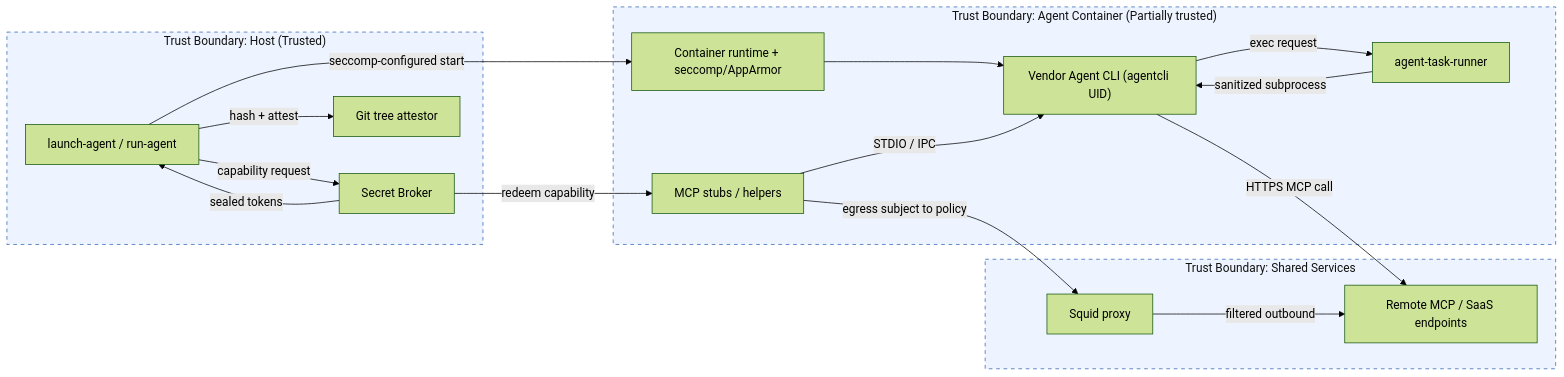
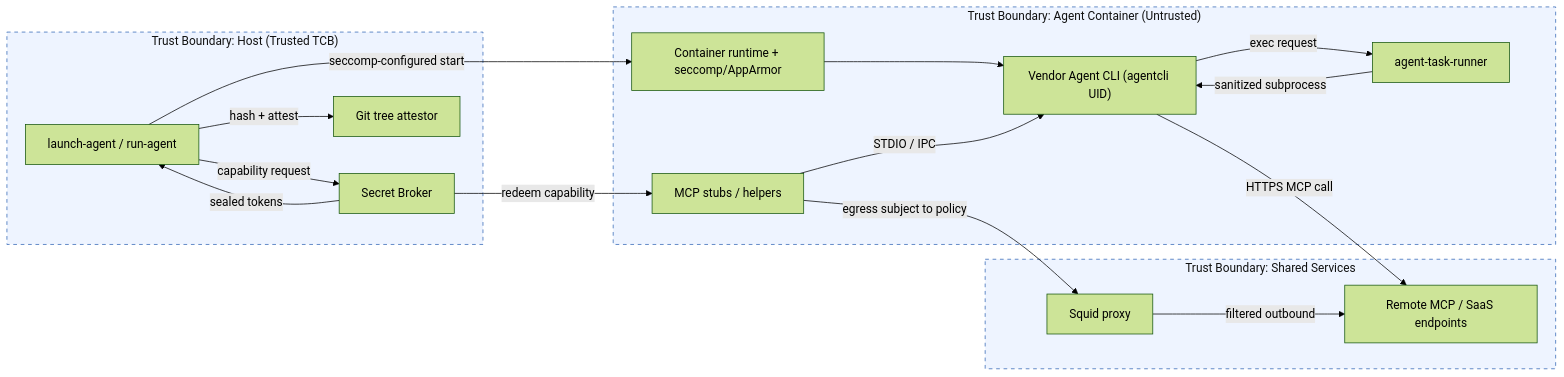
The first of 10 diagrams in docs/secret-credential-architecture.md (novotnyllc/ContainAI), drawn with Mermaid (forest theme) before and after one commit. The commit also changed other lines of this file and 11 other files, not shown here.

````diff
--- a/docs/secret-credential-architecture.md
+++ b/docs/secret-credential-architecture.md
@@ -27,36 +27,36 @@
 ```mermaid
 flowchart LR
-    subgraph Host_Boundary["Trust Boundary: Host (Trusted)"]
+    subgraph Host_Boundary["Trust Boundary: Host (Trusted TCB)"]
         LA["launch-agent / run-agent"]
         BR["Secret Broker"]
         GA["Git tree attestor"]
     end
 
-    subgraph Container_Boundary["Trust Boundary: Agent Container (Partially trusted)"]
+    subgraph Container_Boundary["Trust Boundary: Agent Container (Untrusted)"]
         RT["Container runtime + seccomp/AppArmor"]
         VC["Vendor Agent CLI (agentcli UID)"]
         ST["MCP stubs / helpers"]
         TR["agent-task-runner"]
     end
 
     subgraph Shared_Services["Trust Boundary: Shared Services"]
         SQ["Squid proxy"]
         REM["Remote MCP / SaaS endpoints"]
     end
 
     LA -->|hash + attest| GA
     LA -->|capability request| BR
     BR -->|sealed tokens| LA
     LA -->|seccomp-configured start| RT
     RT --> VC
     VC -->|exec request| TR
     TR -->|sanitized subprocess| VC
     BR -->|redeem capability| ST
     ST -->|STDIO / IPC| VC
     ST -->|egress subject to policy| SQ
     VC -->|HTTPS MCP call| REM
     SQ -->|filtered outbound| REM
 
     classDef boundary fill:#eef4ff,stroke:#3065b5,stroke-dasharray: 5 5,color:#111;
     class Host_Boundary,Container_Boundary,Shared_Services boundary;
 ```
````
